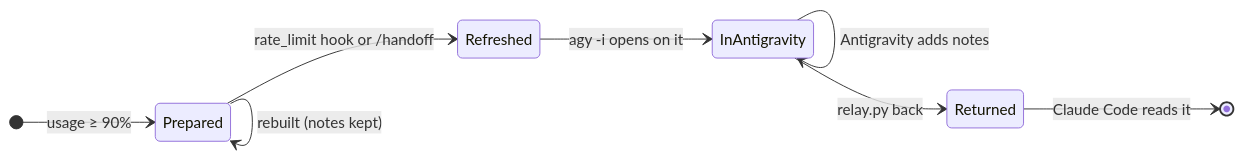
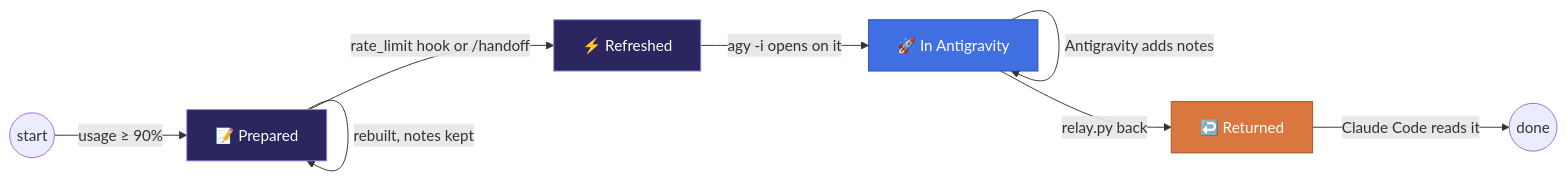
One commit to CodeWidKrish/claude-relay changed the second of 3 diagrams in README.md. Above: the diagram before and after it, drawn with Mermaid.

Commit message:
docs: draw the checkpoint lifecycle as a flowchart so GitHub renders it

````diff
--- a/README.md
+++ b/README.md
@@ -193,11 +193,17 @@
 ```mermaid
-stateDiagram-v2
-    direction LR
-    [*] --> Prepared: usage ≥ 90%
-    Prepared --> Refreshed: rate_limit hook or /handoff
-    Refreshed --> InAntigravity: agy -i opens on it
-    InAntigravity --> InAntigravity: Antigravity adds notes
-    InAntigravity --> Returned: relay.py back
-    Returned --> [*]: Claude Code reads it
-    Prepared --> Prepared: rebuilt (notes kept)
+flowchart LR
+    S((start)) -->|"usage ≥ 90%"| P[📝 Prepared]
+    P -->|"rebuilt, notes kept"| P
+    P -->|"rate_limit hook or /handoff"| R[⚡ Refreshed]
+    R -->|"agy -i opens on it"| A[🚀 In Antigravity]
+    A -->|"Antigravity adds notes"| A
+    A -->|"relay.py back"| B[↩️ Returned]
+    B -->|"Claude Code reads it"| E((done))
+
+    classDef file fill:#2b2560,stroke:#8f8be0,color:#fff
+    classDef agy fill:#3f6fe0,stroke:#2a4fae,color:#fff
+    classDef claude fill:#d9773f,stroke:#a8521f,color:#fff
+    class P,R file
+    class A agy
+    class B claude
 ```
````
